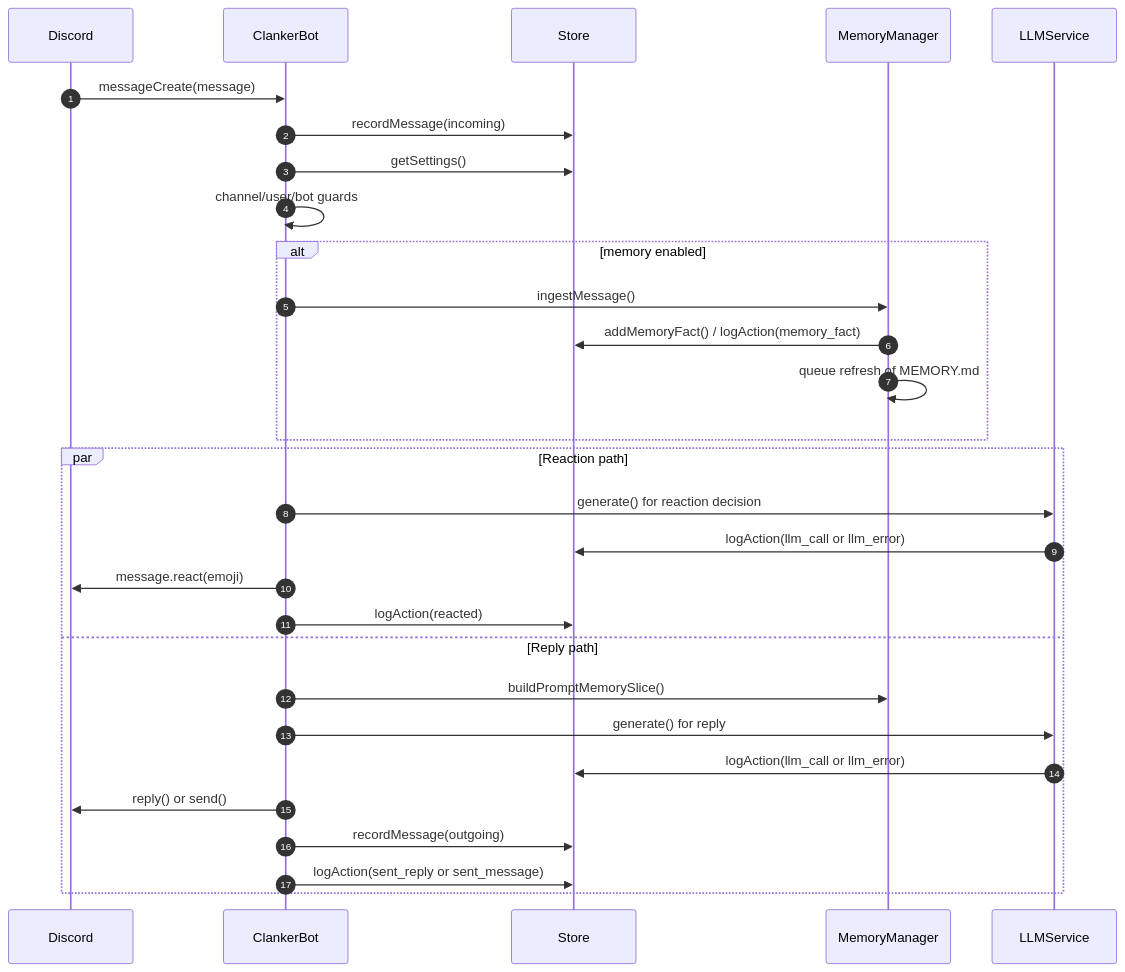
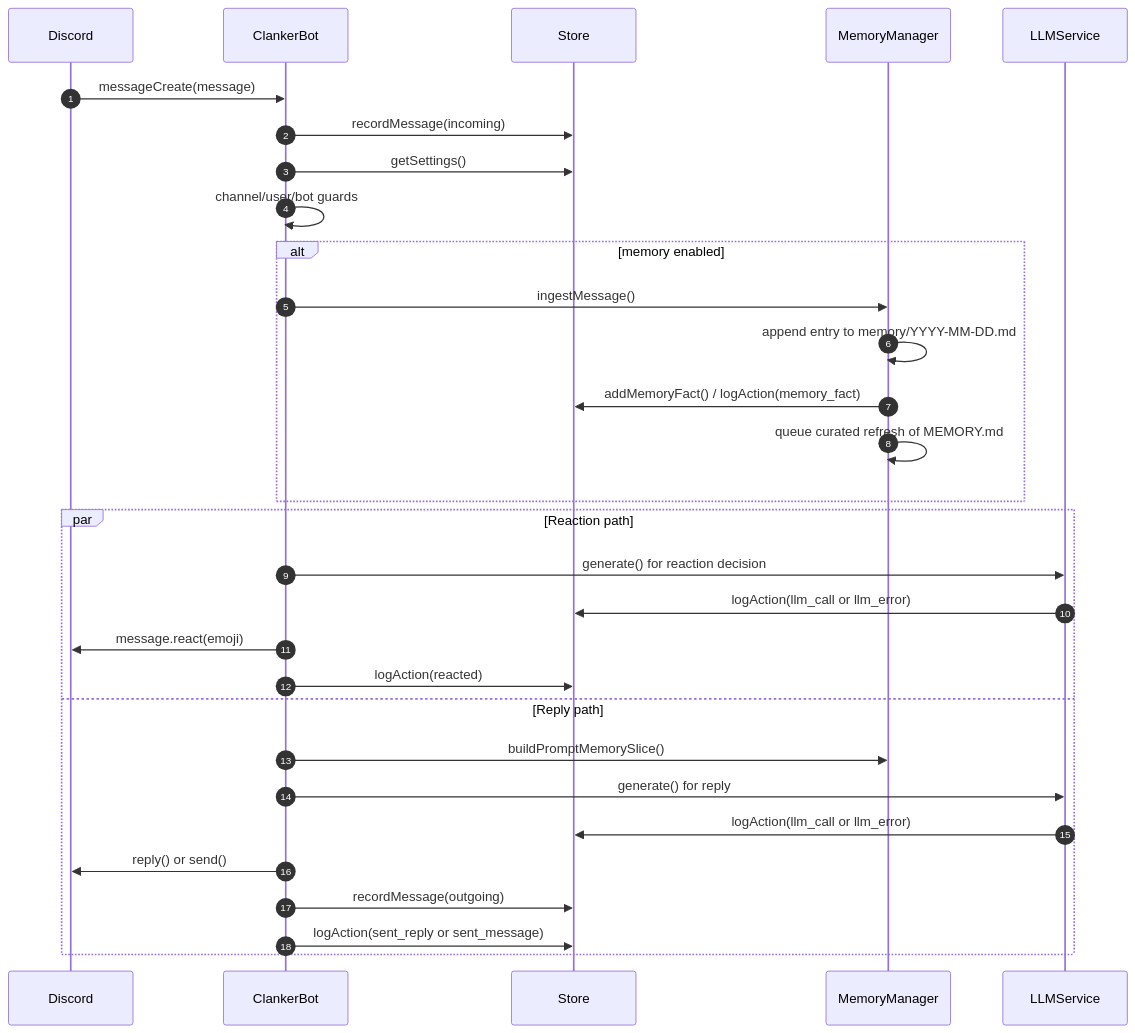
One commit to Volpestyle/clanker_conk changed the fourth of 5 diagrams in docs/technical-architecture.md. Above: the diagram before and after it, drawn with Mermaid. The commit also changed other lines of this file and 3 other files, not shown here.

First line of the commit message:
feat(memory): two-layer memory with daily logs and curated MEMORY.md

````diff
--- a/docs/technical-architecture.md
+++ b/docs/technical-architecture.md
@@ -155,34 +156,35 @@
 ```mermaid
 sequenceDiagram
     autonumber
     participant Discord as Discord
     participant Bot as ClankerBot
     participant Store as Store
     participant Memory as MemoryManager
     participant LLM as LLMService
 
     Discord->>Bot: messageCreate(message)
     Bot->>Store: recordMessage(incoming)
     Bot->>Store: getSettings()
     Bot->>Bot: channel/user/bot guards
 
     alt memory enabled
       Bot->>Memory: ingestMessage()
+      Memory->>Memory: append entry to memory/YYYY-MM-DD.md
       Memory->>Store: addMemoryFact() / logAction(memory_fact)
-      Memory->>Memory: queue refresh of MEMORY.md
+      Memory->>Memory: queue curated refresh of MEMORY.md
     end
 
     par Reaction path
       Bot->>LLM: generate() for reaction decision
       LLM->>Store: logAction(llm_call or llm_error)
       Bot->>Discord: message.react(emoji)
       Bot->>Store: logAction(reacted)
     and Reply path
       Bot->>Memory: buildPromptMemorySlice()
       Bot->>LLM: generate() for reply
       LLM->>Store: logAction(llm_call or llm_error)
       Bot->>Discord: reply() or send()
       Bot->>Store: recordMessage(outgoing)
       Bot->>Store: logAction(sent_reply or sent_message)
     end
 ```
````
